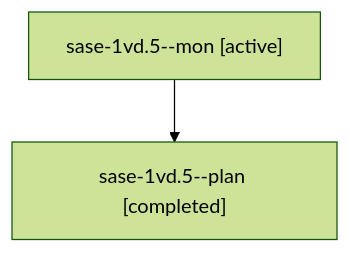
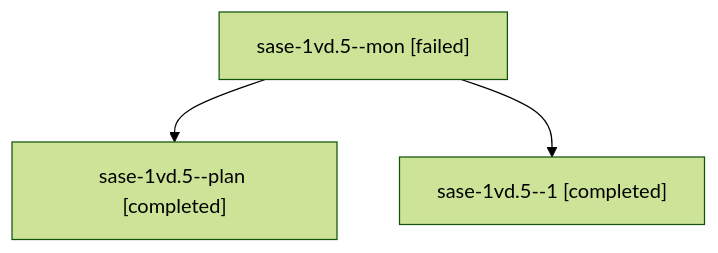
The diagram in sessions/bbugyi200.athena.sase-1vd.5.md (sase-org/sase--agents), drawn with Mermaid (forest theme) before and after one commit. The commit also changed other lines of this file and 39 other files, not shown here.

````diff
--- a/sessions/bbugyi200.athena.sase-1vd.5.md
+++ b/sessions/bbugyi200.athena.sase-1vd.5.md
@@ -9,6 +9,8 @@
 ```mermaid
 flowchart TD
-  n0["sase-1vd.5--mon [active]"]
+  n0["sase-1vd.5--mon [failed]"]
   n1["sase-1vd.5--plan [completed]"]
   n0 --> n1
+  n2["sase-1vd.5--1 [completed]"]
+  n0 --> n2
 ```
````
